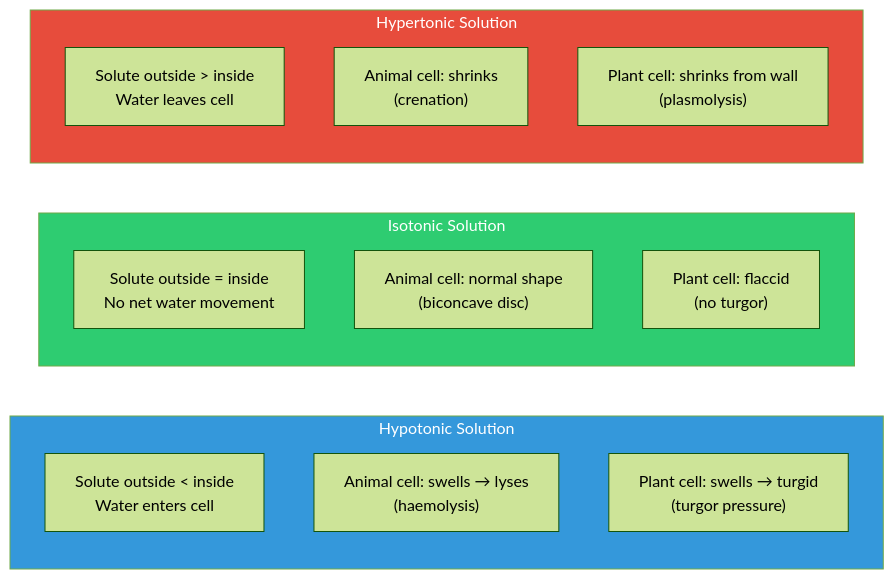
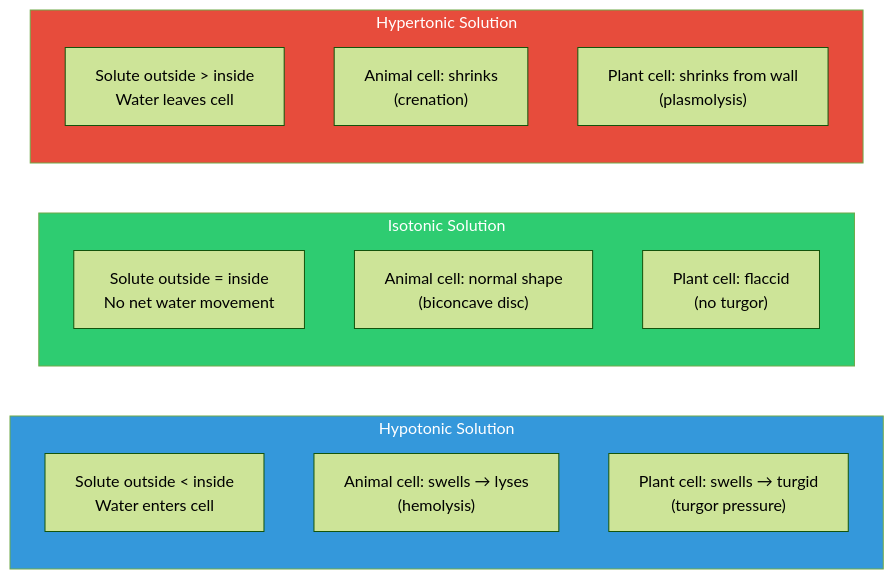
One commit to docxology/biology_textbook changed the third of 3 diagrams in manuscript/unit_I/water_and_life.md. Above: the diagram before and after it, drawn with Mermaid (forest theme). The commit also changed other lines of this file and 247 other files, not shown here.

````diff
--- a/manuscript/unit_I/water_and_life.md
+++ b/manuscript/unit_I/water_and_life.md
@@ -370,24 +373,24 @@
 ```mermaid
 flowchart LR
     subgraph HYPO["Hypotonic Solution"]
         H1["Solute outside < inside<br/>Water enters cell"]
-        H2["Animal cell: swells → lyses<br/>(haemolysis)"]
+        H2["Animal cell: swells → lyses<br/>(hemolysis)"]
         H3["Plant cell: swells → turgid<br/>(turgor pressure)"]
     end
 
     subgraph ISO["Isotonic Solution"]
         I1["Solute outside = inside<br/>No net water movement"]
         I2["Animal cell: normal shape<br/>(biconcave disc)"]
         I3["Plant cell: flaccid<br/>(no turgor)"]
     end
 
     subgraph HYPER["Hypertonic Solution"]
         HY1["Solute outside > inside<br/>Water leaves cell"]
         HY2["Animal cell: shrinks<br/>(crenation)"]
         HY3["Plant cell: shrinks from wall<br/>(plasmolysis)"]
     end
 
     style HYPO fill:#3498db,color:#fff
     style ISO fill:#2ecc71,color:#fff
     style HYPER fill:#e74c3c,color:#fff
 ```
````
